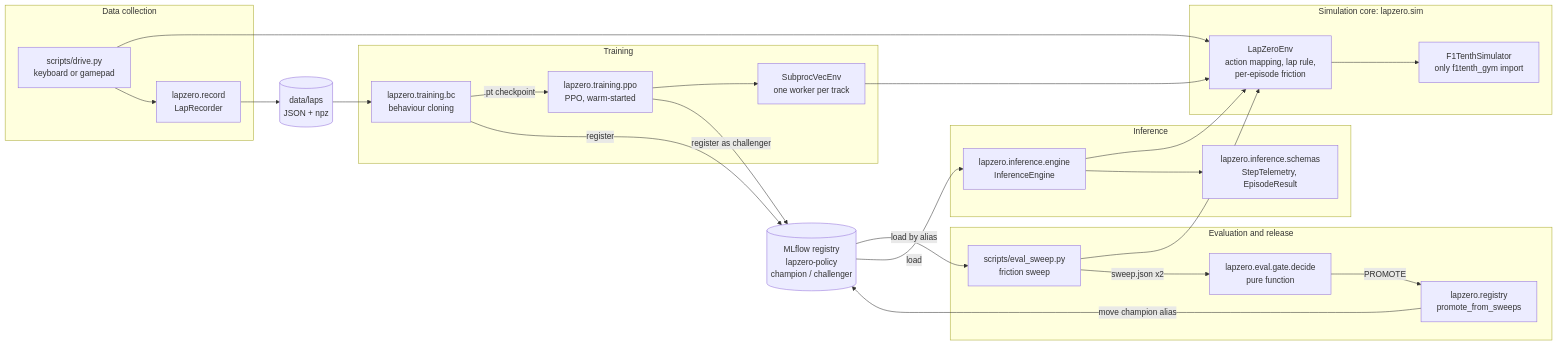
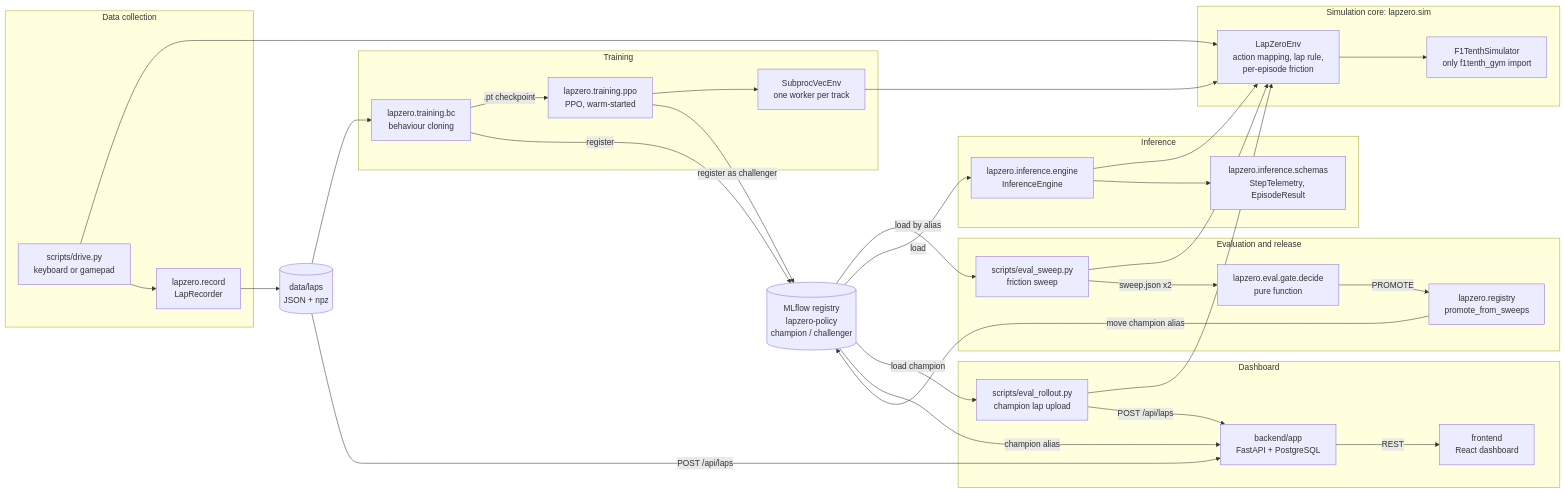
Before and after one commit to ssaillesh/lapzero: the diagram in README.md, drawn with Mermaid. The commit also changed other lines of this file and 4 other files, not shown here.

````diff
--- a/README.md
+++ b/README.md
@@ -136,48 +148,60 @@
 ```mermaid
 flowchart LR
     subgraph COLLECT["Data collection"]
         DRIVE["scripts/drive.py<br/>keyboard or gamepad"]
         REC["lapzero.record<br/>LapRecorder"]
     end
 
     subgraph CORE["Simulation core: lapzero.sim"]
         ENV["LapZeroEnv<br/>action mapping, lap rule,<br/>per-episode friction"]
         SIM["F1TenthSimulator<br/>only f1tenth_gym import"]
         ENV --> SIM
     end
 
     subgraph TRAIN["Training"]
         BC["lapzero.training.bc<br/>behaviour cloning"]
         PPO["lapzero.training.ppo<br/>PPO, warm-started"]
         VEC["SubprocVecEnv<br/>one worker per track"]
     end
 
     subgraph RELEASE["Evaluation and release"]
         SWEEP["scripts/eval_sweep.py<br/>friction sweep"]
         GATE["lapzero.eval.gate.decide<br/>pure function"]
         PROMOTE["lapzero.registry<br/>promote_from_sweeps"]
     end
 
     subgraph INFER["Inference"]
         ENGINE["lapzero.inference.engine<br/>InferenceEngine"]
         SCHEMAS["lapzero.inference.schemas<br/>StepTelemetry, EpisodeResult"]
     end
 
+    subgraph SERVE["Dashboard"]
+        ROLLOUT["scripts/eval_rollout.py<br/>champion lap upload"]
+        API["backend/app<br/>FastAPI + PostgreSQL"]
+        UI["frontend<br/>React dashboard"]
+    end
+
     LAPS[("data/laps<br/>JSON + npz")]
     REG[("MLflow registry<br/>lapzero-policy<br/>champion / challenger")]
 
     DRIVE --> ENV
     DRIVE --> REC --> LAPS --> BC
     BC -- ".pt checkpoint" --> PPO
     PPO --> VEC --> ENV
     BC -- "register" --> REG
     PPO -- "register as challenger" --> REG
     REG -- "load by alias" --> SWEEP
     SWEEP --> ENV
     SWEEP -- "sweep.json x2" --> GATE
     GATE -- "PROMOTE" --> PROMOTE
     PROMOTE -- "move champion alias" --> REG
     REG -- "load" --> ENGINE
     ENGINE --> ENV
     ENGINE --> SCHEMAS
+    REG -- "load champion" --> ROLLOUT
+    ROLLOUT --> ENV
+    LAPS -- "POST /api/laps" --> API
+    ROLLOUT -- "POST /api/laps" --> API
+    REG -- "champion alias" --> API
+    API -- "REST" --> UI
 ```
````
